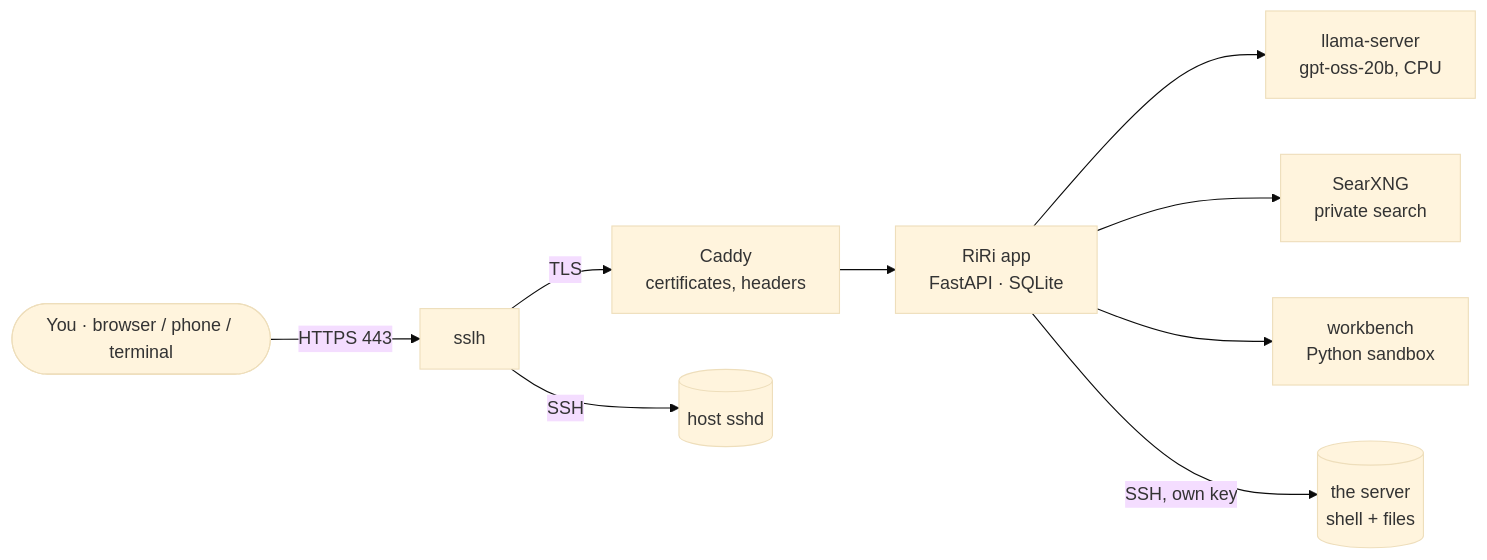
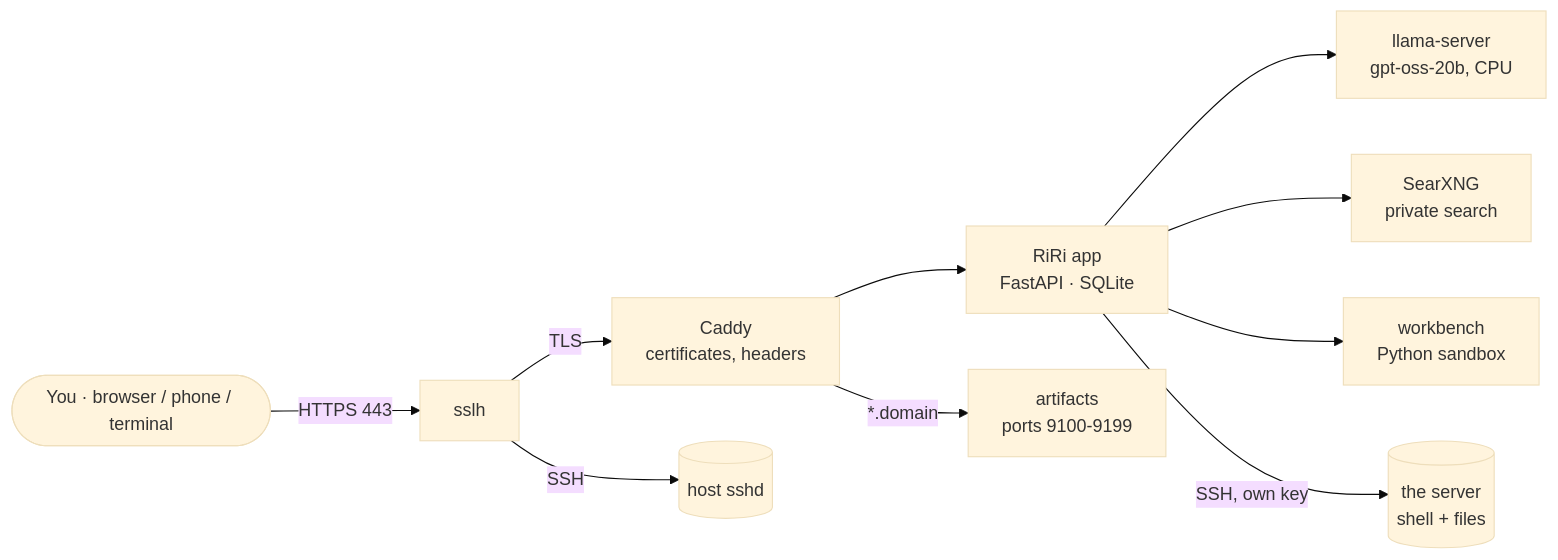
Before and after one commit to sarthax10/riri: the diagram in README.md, drawn with Mermaid (base theme). The commit also changed other lines of this file and 36 other files, not shown here.

````diff
--- a/README.md
+++ b/README.md
@@ -39,11 +41,12 @@
 ```mermaid
 flowchart LR
   you([You · browser / phone / terminal]) -->|HTTPS 443| sslh
   sslh -->|TLS| caddy[Caddy<br/>certificates, headers]
   sslh -->|SSH| sshd[(host sshd)]
   caddy --> app[RiRi app<br/>FastAPI · SQLite]
+  caddy -->|*.domain| arts[artifacts<br/>ports 9100-9199]
   app --> llm[llama-server<br/>gpt-oss-20b, CPU]
   app --> search[SearXNG<br/>private search]
   app --> bench[workbench<br/>Python sandbox]
   app -->|SSH, own key| host[(the server<br/>shell + files)]
 ```
````
